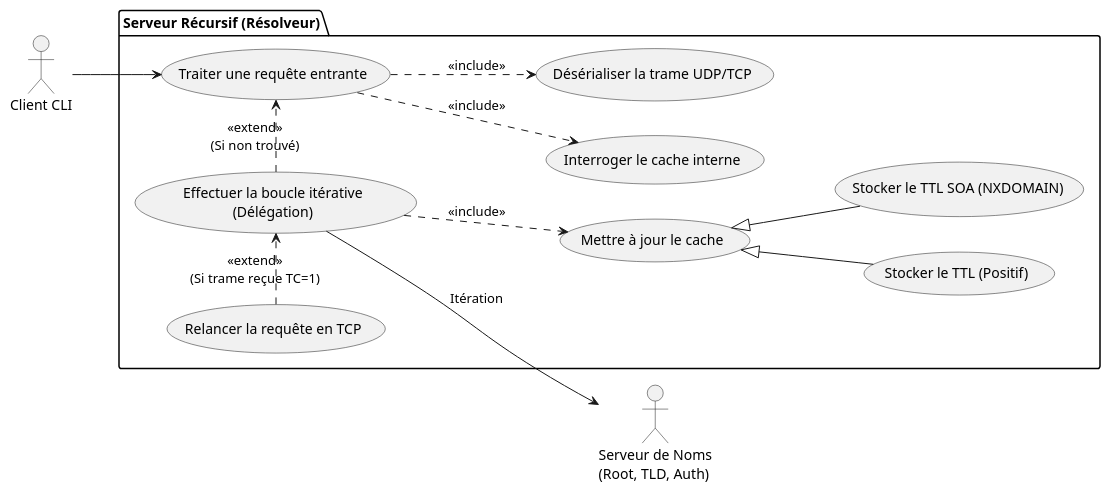
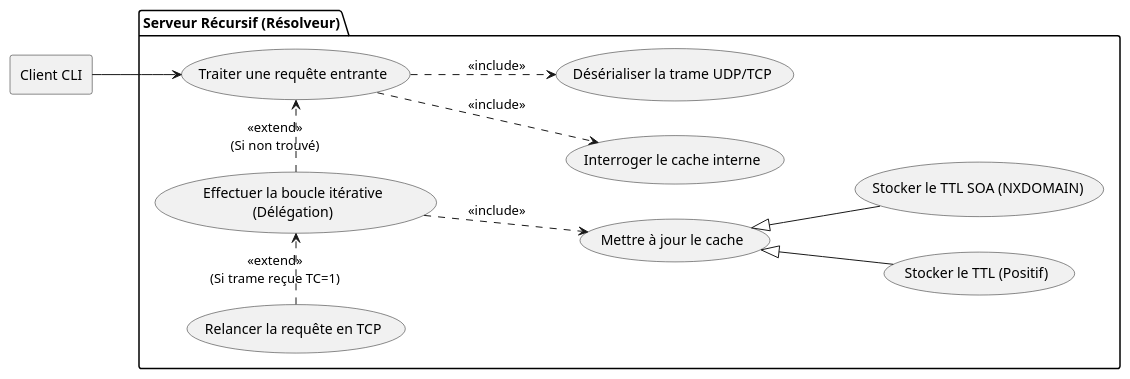
The diagram in doc/schemas/usecase2_recursive_server.plantuml (StSvedar/padr-DNS), drawn with PlantUML before and after one commit. The commit also changed 13 other files, not shown here.

Commit message:
note iag et rev schemas

```diff
--- a/doc/schemas/usecase2_recursive_server.plantuml
+++ b/doc/schemas/usecase2_recursive_server.plantuml
@@ -1,39 +1,31 @@
 @startuml
 left to right direction
 
-actor "Client CLI" as Client
-actor "Serveur de Noms\n(Root, TLD, Auth)" as NS
+agent "Client CLI" as Client
 
 package "Serveur Récursif (Résolveur)" {
   
   usecase "Traiter une requête entrante" as UC_Process
   usecase "Désérialiser la trame UDP/TCP" as UC_Parse
   usecase "Interroger le cache interne" as UC_Cache
   
   usecase "Effectuer la boucle itérative\n(Délégation)" as UC_Delegation
   usecase "Relancer la requête en TCP" as UC_TCP
   
   usecase "Mettre à jour le cache" as UC_UpdateCache
   usecase "Stocker le TTL (Positif)" as UC_CachePos
   usecase "Stocker le TTL SOA (NXDOMAIN)" as UC_CacheNeg
 
-  ' Déclencheur
   Client --> UC_Process
   
-  ' Processus de base
   UC_Process ..> UC_Parse : <<include>>
   UC_Process ..> UC_Cache : <<include>>
   
-  ' Extensions (Si absent du cache)
   UC_Delegation .> UC_Process : <<extend>>\n(Si non trouvé)
   UC_TCP .> UC_Delegation : <<extend>>\n(Si trame reçue TC=1)
   
-  ' Mise en cache
   UC_Delegation ..> UC_UpdateCache : <<include>>
   UC_CachePos -up-|> UC_UpdateCache
   UC_CacheNeg -up-|> UC_UpdateCache
-
-  ' Acteur externe sollicité
-  UC_Delegation --> NS : "Itération"
 }
 @enduml
```
